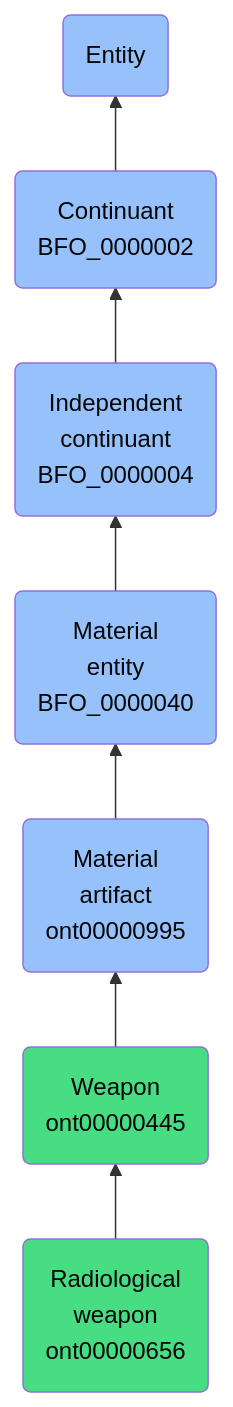
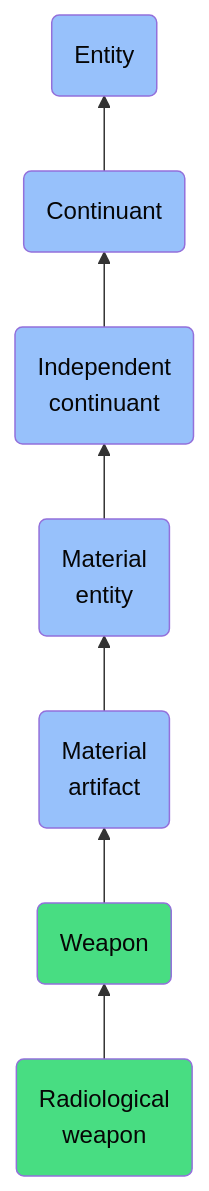
Before and after one commit to jupyter-naas/abi: the diagram in docs/ontology/reference/model/Entity/Continuant/Independent continuant/Material entity/Material artifact/Weapon/Radiological weapon/Radiological weapon.md, drawn with Mermaid. The commit also changed other lines of this file and 1430 other files, not shown here.

````diff
--- a/docs/ontology/reference/model/Entity/Continuant/Independent continuant/Material entity/Material artifact/Weapon/Radiological weapon/Radiological weapon.md
+++ b/docs/ontology/reference/model/Entity/Continuant/Independent continuant/Material entity/Material artifact/Weapon/Radiological weapon/Radiological weapon.md
@@ -24,14 +24,14 @@
 ```mermaid
 graph BT
-    ont00000656(Radiological<br>weapon<br>ont00000656):::ABI-->ont00000445
-    ont00000445(Weapon<br>ont00000445):::ABI-->ont00000995
-    ont00000995(Material<br>artifact<br>ont00000995):::BFO-->BFO_0000040
-    BFO_0000040(Material<br>entity<br>BFO_0000040):::BFO-->BFO_0000004
-    BFO_0000004(Independent<br>continuant<br>BFO_0000004):::BFO-->BFO_0000002
-    BFO_0000002(Continuant<br>BFO_0000002):::BFO-->BFO_0000001
+    ont00000656(Radiological<br>weapon):::ABI-->ont00000445
+    ont00000445(Weapon):::ABI-->ont00000995
+    ont00000995(Material<br>artifact):::BFO-->BFO_0000040
+    BFO_0000040(Material<br>entity):::BFO-->BFO_0000004
+    BFO_0000004(Independent<br>continuant):::BFO-->BFO_0000002
+    BFO_0000002(Continuant):::BFO-->BFO_0000001
     BFO_0000001(Entity):::BFO
     
     classDef BFO fill:#97c1fb,color:#060606
     classDef CCO fill:#e4c51e,color:#060606
     classDef ABI fill:#48DD82,color:#060606
 ```
````
